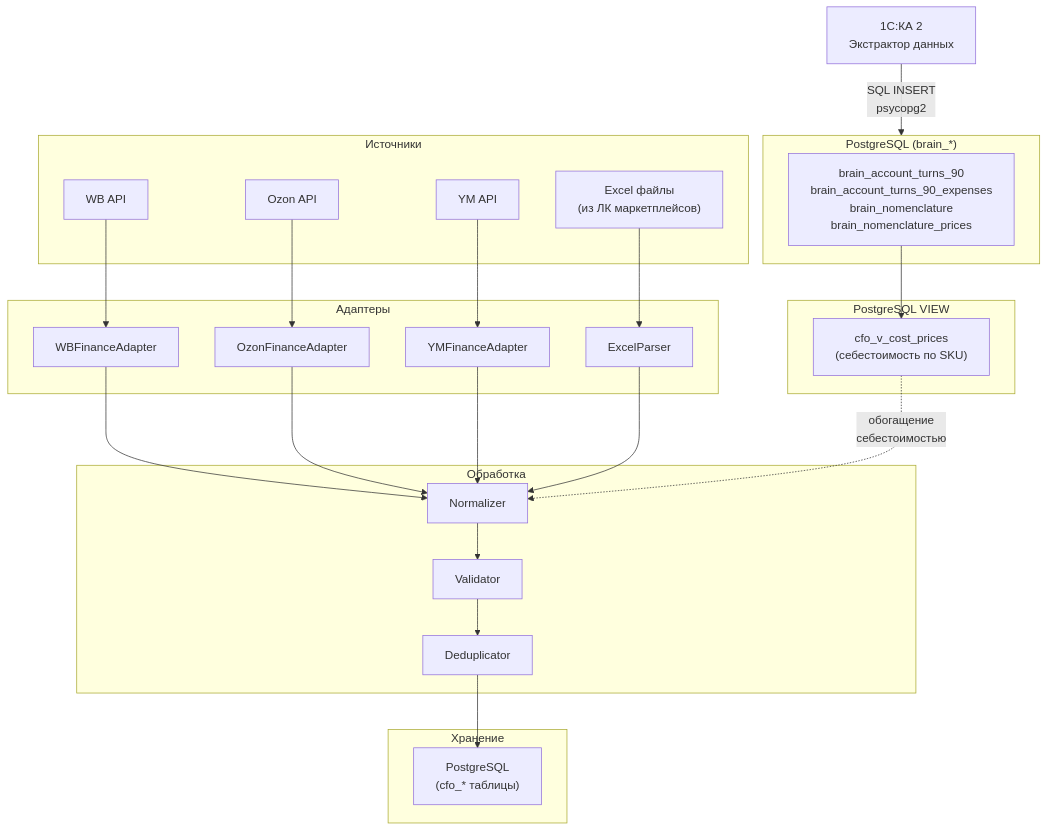
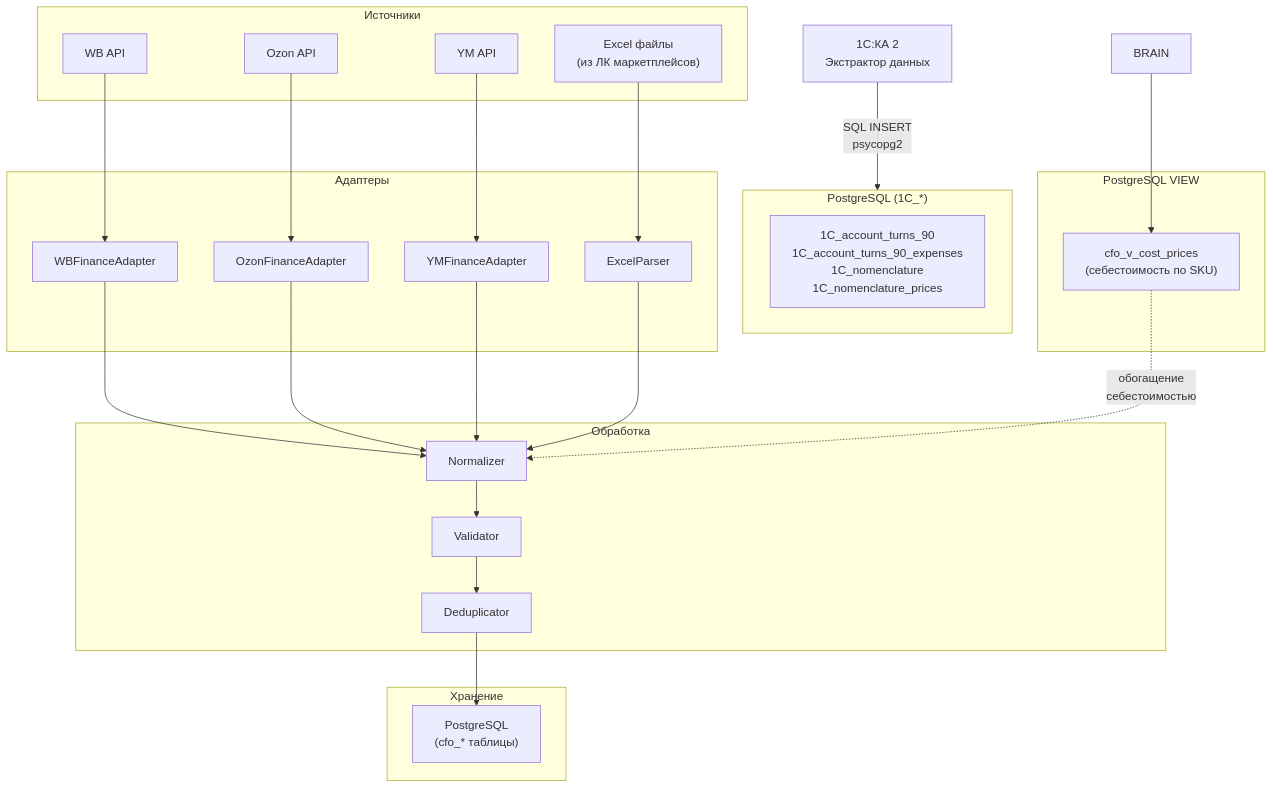
One commit to Sign25/Docs changed the diagram in cfo/adolf_cfo_2_data_ingestion.md. Above: the diagram before and after it, drawn with Mermaid. The commit also changed other lines of this file, not shown here.

Commit message:
refactor(cfo): rename brain_* -> 1C_*, update A1 links to 1cexport

````diff
--- a/cfo/adolf_cfo_2_data_ingestion.md
+++ b/cfo/adolf_cfo_2_data_ingestion.md
@@ -44,51 +44,51 @@
 ```mermaid
 graph TB
     subgraph SOURCES["Источники"]
         WB_API["WB API"]
         OZON_API["Ozon API"]
         YM_API["YM API"]
         EXCEL["Excel файлы<br/>(из ЛК маркетплейсов)"]
     end
 
-    subgraph BRAIN_DB["PostgreSQL (brain_*)"]
-        BRAIN["brain_account_turns_90<br/>brain_account_turns_90_expenses<br/>brain_nomenclature<br/>brain_nomenclature_prices"]
+    subgraph ONEC_DB["PostgreSQL (1C_*)"]
+        ONEC["1C_account_turns_90<br/>1C_account_turns_90_expenses<br/>1C_nomenclature<br/>1C_nomenclature_prices"]
     end
 
     subgraph ADAPTERS["Адаптеры"]
         WB_ADAPTER["WBFinanceAdapter"]
         OZON_ADAPTER["OzonFinanceAdapter"]
         YM_ADAPTER["YMFinanceAdapter"]
         EXCEL_PARSER["ExcelParser"]
     end
 
     subgraph VIEWS["PostgreSQL VIEW"]
         COST_VIEW["cfo_v_cost_prices<br/>(себестоимость по SKU)"]
     end
 
     subgraph PROCESSING["Обработка"]
         NORMALIZE["Normalizer"]
         VALIDATE["Validator"]
         DEDUP["Deduplicator"]
     end
 
     subgraph STORAGE["Хранение"]
         PG["PostgreSQL<br/>(cfo_* таблицы)"]
     end
 
-    ONE_C["1С:КА 2<br/>Экстрактор данных"] -->|"SQL INSERT<br/>psycopg2"| BRAIN_DB
+    ONE_C["1С:КА 2<br/>Экстрактор данных"] -->|"SQL INSERT<br/>psycopg2"| ONEC_DB
 
     WB_API --> WB_ADAPTER
     OZON_API --> OZON_ADAPTER
     YM_API --> YM_ADAPTER
     EXCEL --> EXCEL_PARSER
 
     BRAIN --> COST_VIEW
 
     WB_ADAPTER & OZON_ADAPTER & YM_ADAPTER --> NORMALIZE
     EXCEL_PARSER --> NORMALIZE
     COST_VIEW -.->|"обогащение<br/>себестоимостью"| NORMALIZE
 
     NORMALIZE --> VALIDATE
     VALIDATE --> DEDUP
     DEDUP --> PG
 ```
````
